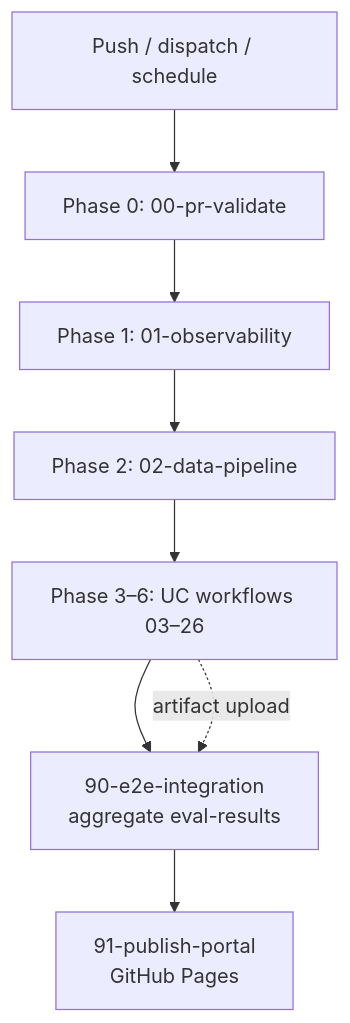
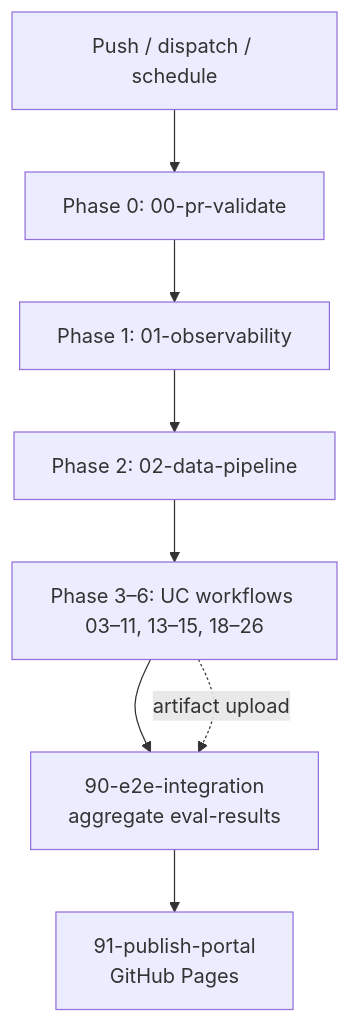
Diagram 20 of 55 in README.md (sanjeev0120test/observable-mlops-platform), drawn with Mermaid before and after one commit. The commit also changed other lines of this file, not shown here.

````diff
--- a/README.md
+++ b/README.md
@@ -1779,14 +1787,14 @@
 ```mermaid
 flowchart TD
     START["Push / dispatch / schedule"]
     P0["Phase 0: 00-pr-validate"]
     P1["Phase 1: 01-observability"]
     P2["Phase 2: 02-data-pipeline"]
-    UC["Phase 3–6: UC workflows 03–26"]
+    UC["Phase 3–6: UC workflows 03–11, 13–15, 18–26"]
     E2E["90-e2e-integration<br/>aggregate eval-results"]
     PORTAL["91-publish-portal<br/>GitHub Pages"]
 
     START --> P0 --> P1 --> P2 --> UC
     UC --> E2E --> PORTAL
     UC -.->|artifact upload| E2E
 ```
````
